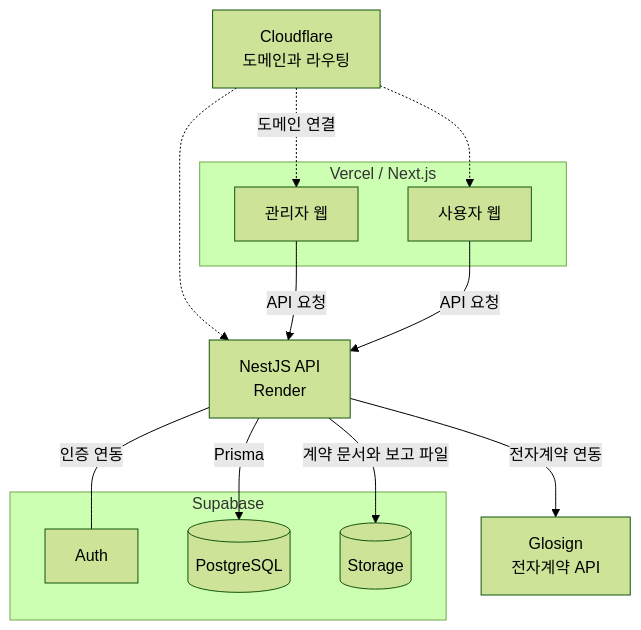
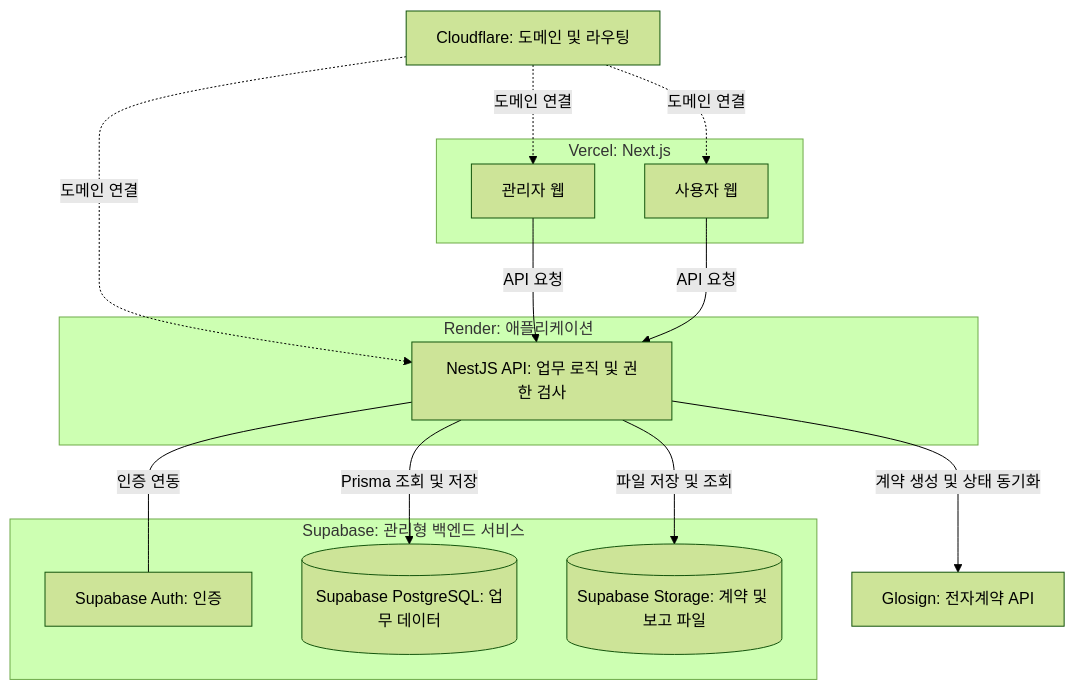
Before and after one commit to KimHG1995/work-history: the second of 3 diagrams in projects/hr-saas/mvp.md, drawn with Mermaid (forest theme). The commit also changed other lines of this file, not shown here.

Commit message:
docs: reflect internal coupon processing and Supabase responsibilities

````diff
--- a/projects/hr-saas/mvp.md
+++ b/projects/hr-saas/mvp.md
@@ -116,29 +116,31 @@
 ```mermaid
 flowchart TB
-    cloudflare["Cloudflare<br/>도메인과 라우팅"]
+    cloudflare["Cloudflare: 도메인 및 라우팅"]
 
-    subgraph vercel["Vercel / Next.js"]
+    subgraph vercel["Vercel: Next.js"]
         admin["관리자 웹"]
         client["사용자 웹"]
     end
 
-    server["NestJS API<br/>Render"]
-
-    subgraph supabase["Supabase"]
-        auth["Auth"]
-        db[("PostgreSQL")]
-        files[("Storage")]
+    subgraph backend["Render: 애플리케이션"]
+        server["NestJS API: 업무 로직 및 권한 검사"]
     end
 
-    glosign["Glosign<br/>전자계약 API"]
+    subgraph supabase["Supabase: 관리형 백엔드 서비스"]
+        auth["Supabase Auth: 인증"]
+        db[("Supabase PostgreSQL: 업무 데이터")]
+        files[("Supabase Storage: 계약 및 보고 파일")]
+    end
+
+    glosign["Glosign: 전자계약 API"]
 
     cloudflare -.->|도메인 연결| admin
-    cloudflare -.-> client
-    cloudflare -.-> server
+    cloudflare -.->|도메인 연결| client
+    cloudflare -.->|도메인 연결| server
     admin -->|API 요청| server
     client -->|API 요청| server
     server ---|인증 연동| auth
-    server -->|Prisma| db
-    server -->|계약 문서와 보고 파일| files
-    server -->|전자계약 연동| glosign
+    server -->|Prisma 조회 및 저장| db
+    server -->|파일 저장 및 조회| files
+    server -->|계약 생성 및 상태 동기화| glosign
 ```
````
